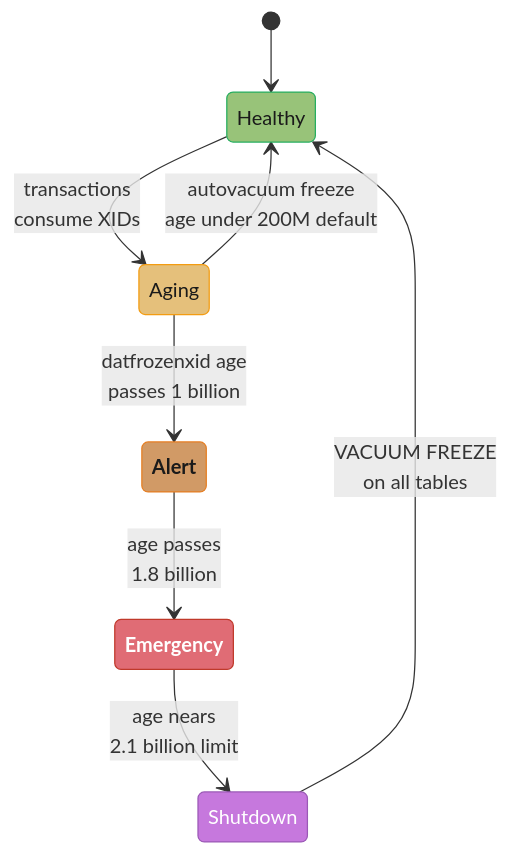
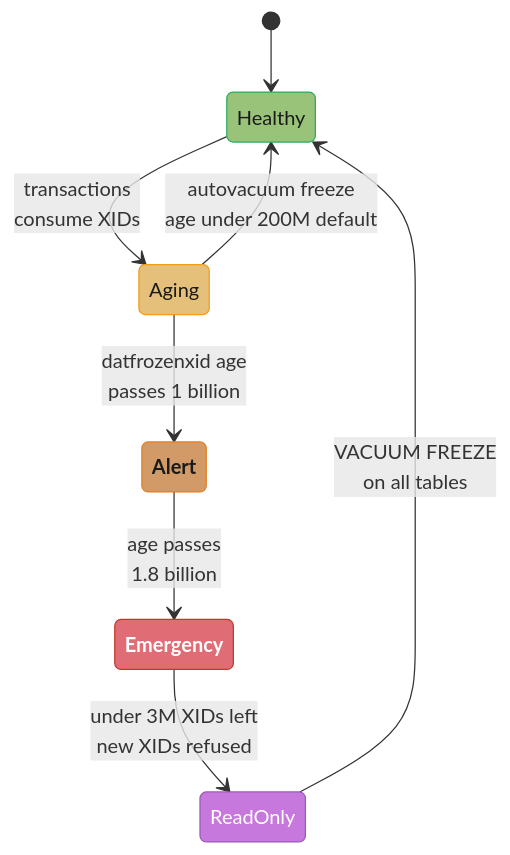
The third of 4 diagrams in src/main/java/com/rutik/systemdesign/database/postgresql_internals/README.md (rppol/system-design), drawn with Mermaid before and after one commit. The commit also changed other lines of this file and 5 other files, not shown here.

````diff
--- a/src/main/java/com/rutik/systemdesign/database/postgresql_internals/README.md
+++ b/src/main/java/com/rutik/systemdesign/database/postgresql_internals/README.md
@@ -203,24 +204,24 @@
 ```mermaid
 stateDiagram-v2
     classDef io      fill:#61afef,stroke:#2e86c1,color:#1a1a1a,font-weight:bold
     classDef frozen  fill:#c678dd,stroke:#9b59b6,color:#fff
     classDef train   fill:#98c379,stroke:#27ae60,color:#1a1a1a
     classDef mathOp  fill:#d19a66,stroke:#e67e22,color:#1a1a1a,font-weight:bold
     classDef lossN   fill:#e06c75,stroke:#c0392b,color:#fff,font-weight:bold
     classDef req     fill:#56b6c2,stroke:#0097a7,color:#1a1a1a
     classDef base    fill:#e5c07b,stroke:#f39c12,color:#1a1a1a
 
     [*] --> Healthy
     Healthy --> Aging: transactions<br/>consume XIDs
     Aging --> Healthy: autovacuum freeze<br/>age under 200M default
     Aging --> Alert: datfrozenxid age<br/>passes 1 billion
     Alert --> Emergency: age passes<br/>1.8 billion
-    Emergency --> Shutdown: age nears<br/>2.1 billion limit
-    Shutdown --> Healthy: VACUUM FREEZE<br/>on all tables
+    Emergency --> ReadOnly: under 3M XIDs left<br/>new XIDs refused
+    ReadOnly --> Healthy: VACUUM FREEZE<br/>on all tables
 
     class Healthy train
     class Aging base
     class Alert mathOp
     class Emergency lossN
-    class Shutdown frozen
+    class ReadOnly frozen
 ```
````
